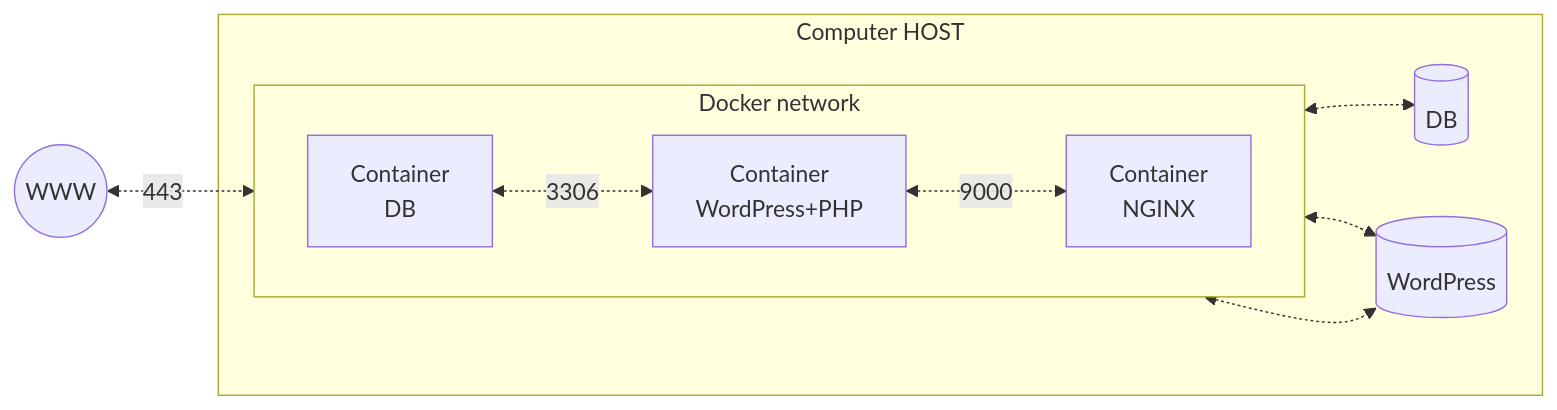
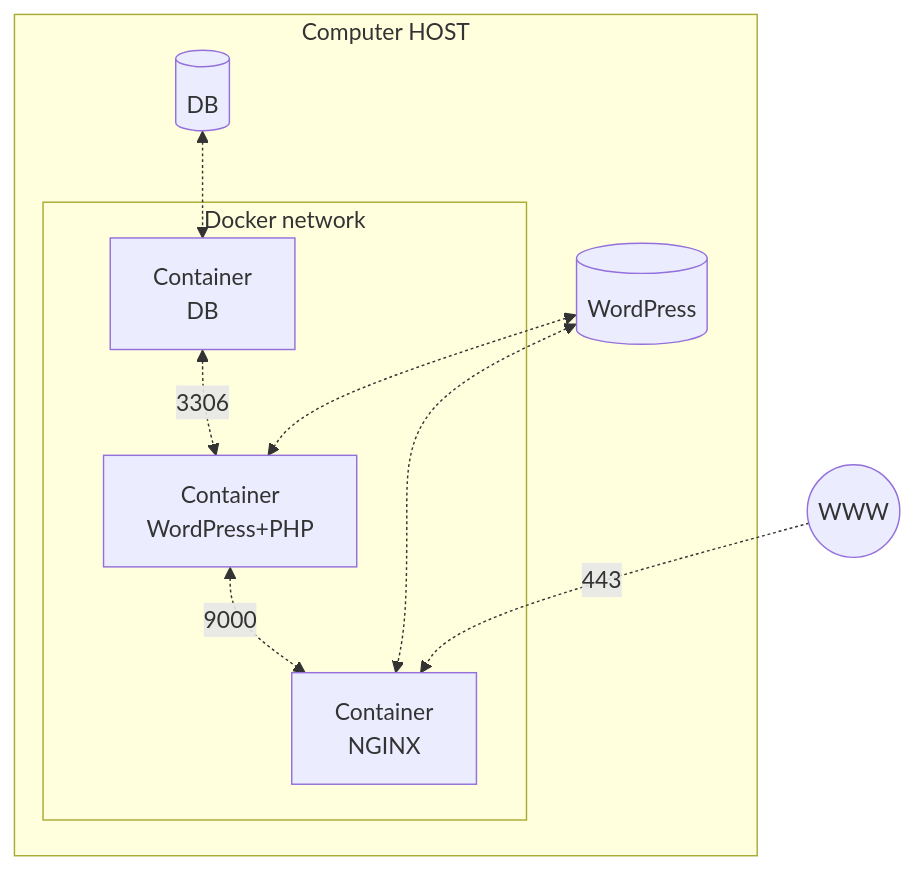
One commit to spacotto/Inception changed the diagram in README.md. Above: the diagram before and after it, drawn with Mermaid.

Commit message:
Update docs: fixed mermaid chart

````diff
--- a/README.md
+++ b/README.md
@@ -12,25 +12,24 @@
 ```mermaid
-flowchart LR 
+flowchart TD
     WWW((WWW))
 
     subgraph Host [Computer HOST]
         subgraph Network [Docker network]
-            direction LR
             DB["Container<br>DB"]
             WP["Container<br>WordPress+PHP"]
             NGINX["Container<br>NGINX"]
-            
-            DB <-.-> |3306| WP
-            WP <-.-> |9000| NGINX
         end
         
         VolDB[("DB")]
         VolWP[("WordPress")]
-        
-        DB <-.-> VolDB
-        WP <-.-> VolWP
-        NGINX <-.-> VolWP
     end
 
-    WWW <.-> |443| NGINX
+    DB <-.-> |3306| WP
+    WP <-.-> |9000| NGINX
+    
+    VolDB <-.-> DB
+    VolWP <-.-> WP
+    VolWP <-.-> NGINX
+
+    WWW -.-> |443| NGINX
 ```
````
